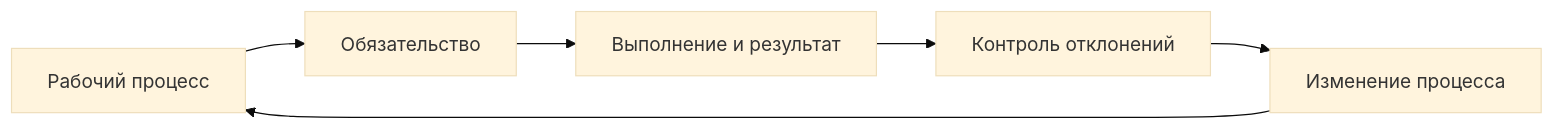
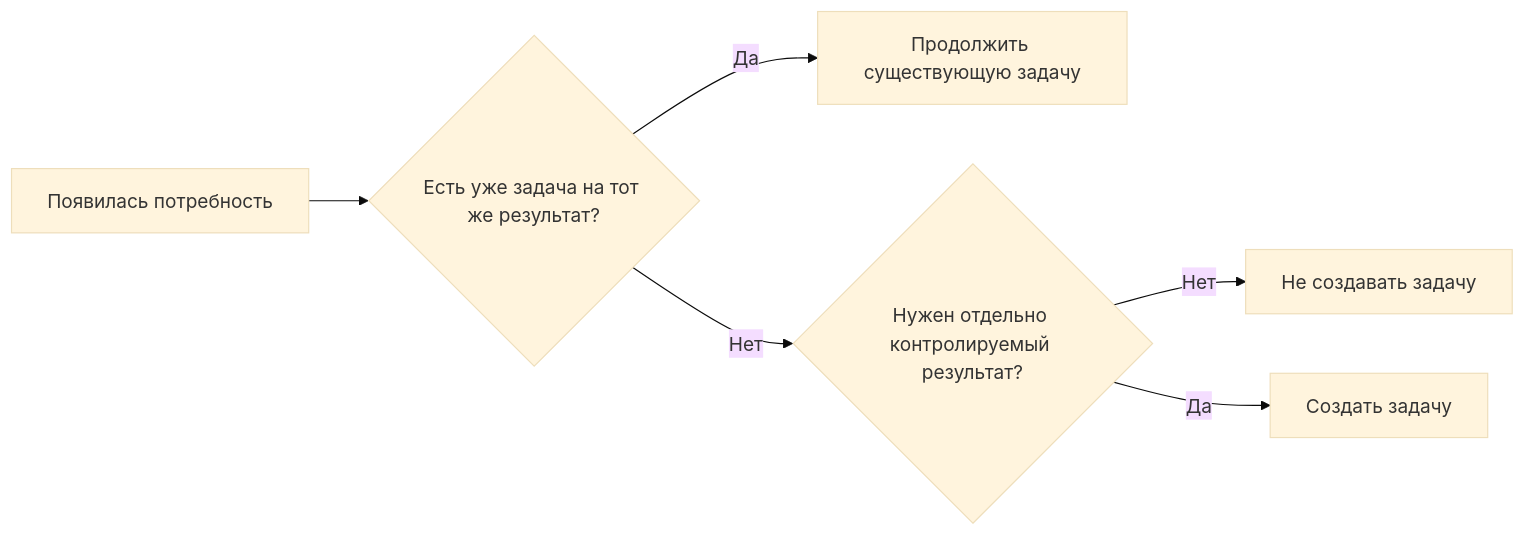
One commit to lazuale/department changed the first of 4 diagrams in docs/01-methodology.md. Above: the diagram before and after it, drawn with Mermaid (base theme). The commit also changed other lines of this file, not shown here.

````diff
--- a/docs/01-methodology.md
+++ b/docs/01-methodology.md
@@ -9,8 +23,8 @@
 ```mermaid
 flowchart LR
-    P[Рабочий процесс] --> O[Обязательство]
-    O --> R[Выполнение и результат]
-    R --> C[Контроль отклонений]
-    C --> I[Изменение процесса]
-    I --> P
+    A[Появилась потребность] --> B{Есть уже задача на тот же результат?}
+    B -- Да --> C[Продолжить существующую задачу]
+    B -- Нет --> D{Нужен отдельно контролируемый результат?}
+    D -- Нет --> E[Не создавать задачу]
+    D -- Да --> F[Создать задачу]
 ```
````
